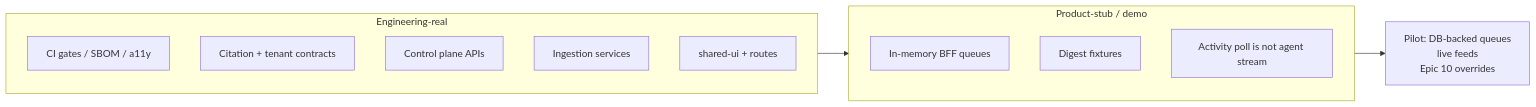
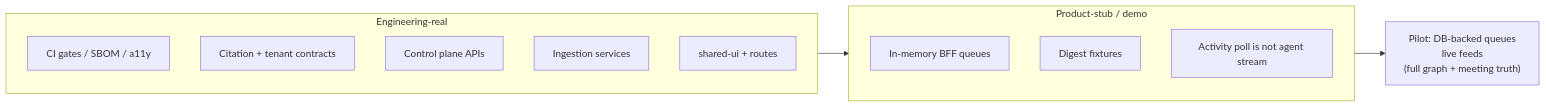
One commit to kennygeiler/DeployAI changed the third of 3 diagrams in whats-actually-here.md. Above: the diagram before and after it, drawn with Mermaid. The commit also changed other lines of this file, not shown here.

First line of the commit message:
docs: changelog Epic 10 + 11.1; sync §2–§3 pilot catalog (#60)

````diff
--- a/whats-actually-here.md
+++ b/whats-actually-here.md
@@ -131,17 +134,17 @@
 ```mermaid
 flowchart LR
   subgraph real["Engineering-real"]
     CI[CI gates / SBOM / a11y]
     Schema[Citation + tenant contracts]
     CP[Control plane APIs]
     Ingest[Ingestion services]
     UI[shared-ui + routes]
   end
   subgraph stub["Product-stub / demo"]
     MemQ[In-memory BFF queues]
     Fix[Digest fixtures]
     Poll[Activity poll is not agent stream]
   end
   real --> stub
-  stub --> Future["Pilot: DB-backed queues\nlive feeds\nEpic 10 overrides"]
+  stub --> Future["Pilot: DB-backed queues\nlive feeds\n(full graph + meeting truth)"]
 ```
````
